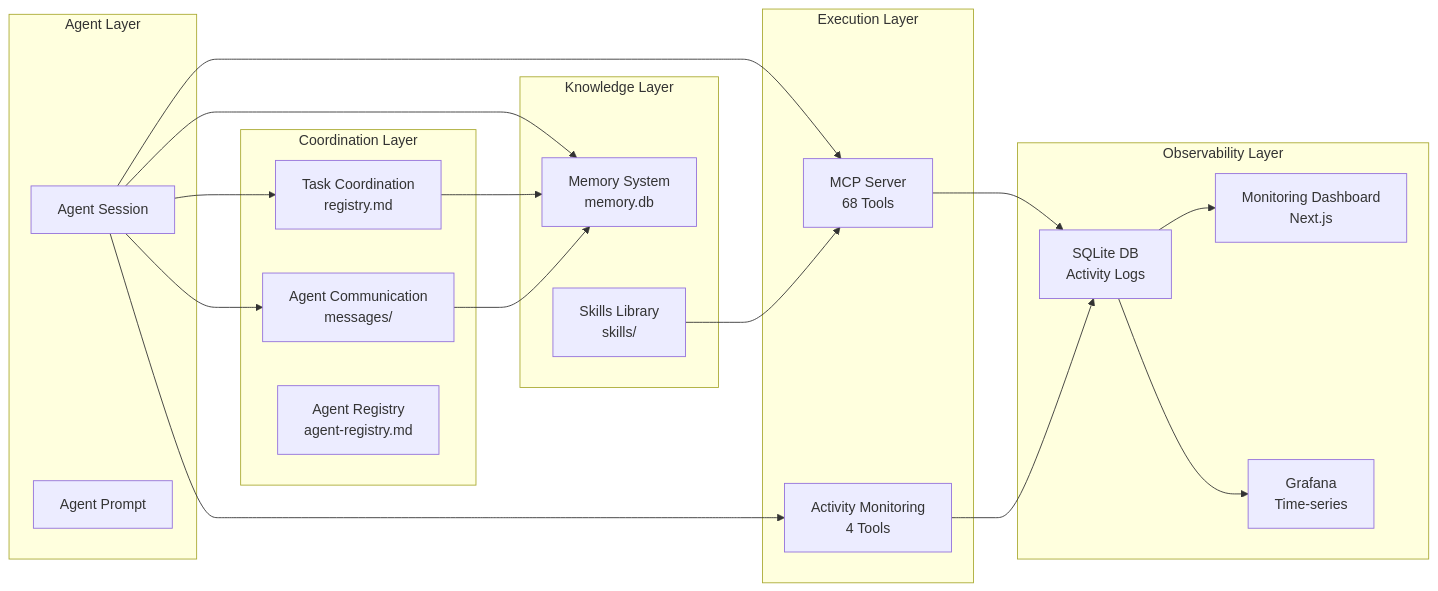
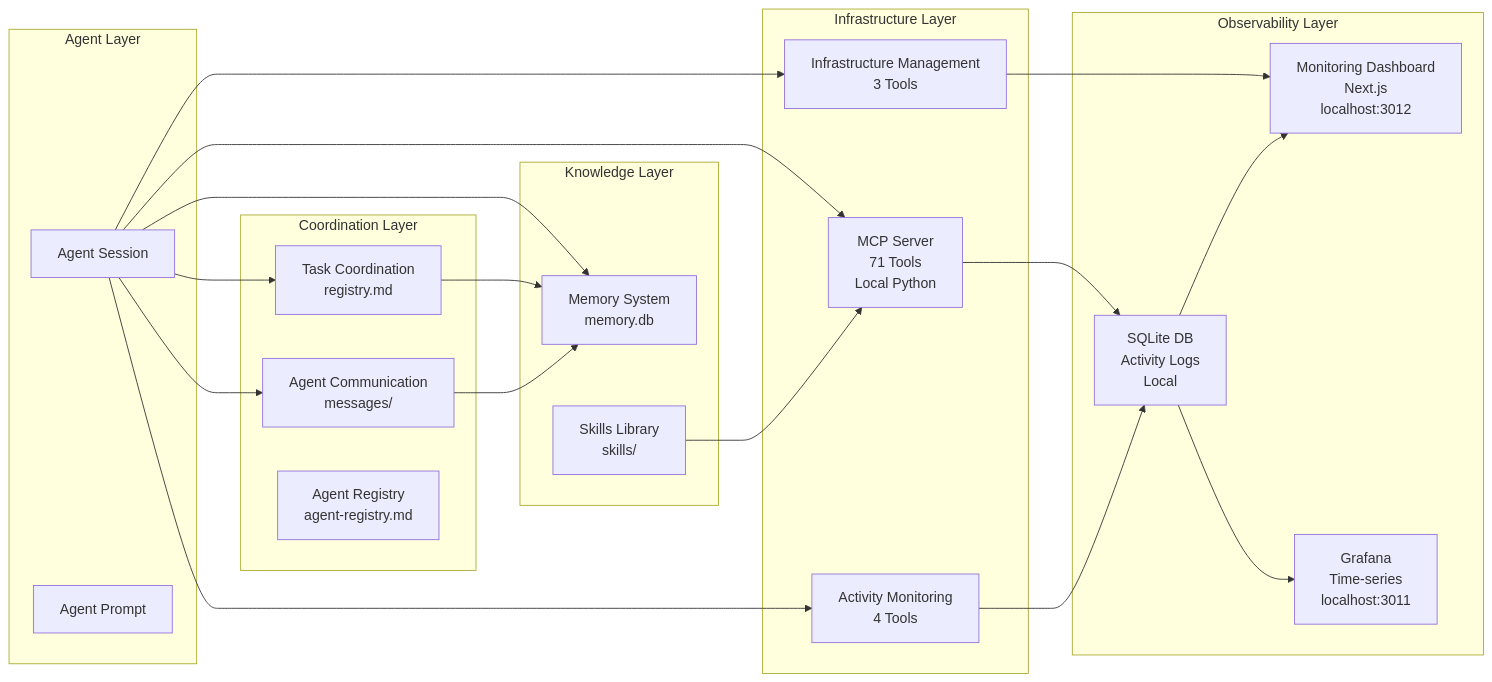
One commit to unarmedpuppy/homelab-ai changed the fourth of 20 diagrams in agents/docs/COMPLETE_SYSTEM_VISUALIZATION.md. Above: the diagram before and after it, drawn with Mermaid. The commit also changed other lines of this file and 143 other files, not shown here.

````diff
--- a/agents/docs/COMPLETE_SYSTEM_VISUALIZATION.md
+++ b/agents/docs/COMPLETE_SYSTEM_VISUALIZATION.md
@@ -129,44 +162,47 @@
 ```mermaid
 graph LR
     subgraph "Agent Layer"
         A1[Agent Session]
         A2[Agent Prompt]
     end
     
     subgraph "Coordination Layer"
         B1[Task Coordination<br/>registry.md]
         B2[Agent Communication<br/>messages/]
         B3[Agent Registry<br/>agent-registry.md]
     end
     
     subgraph "Knowledge Layer"
         C1[Memory System<br/>memory.db]
         C2[Skills Library<br/>skills/]
     end
     
-    subgraph "Execution Layer"
-        D1[MCP Server<br/>68 Tools]
+    subgraph "Infrastructure Layer"
+        D0[Infrastructure Management<br/>3 Tools]
+        D1[MCP Server<br/>71 Tools<br/>Local Python]
         D2[Activity Monitoring<br/>4 Tools]
     end
     
     subgraph "Observability Layer"
-        E1[Monitoring Dashboard<br/>Next.js]
-        E2[Grafana<br/>Time-series]
-        E3[SQLite DB<br/>Activity Logs]
+        E1[Monitoring Dashboard<br/>Next.js<br/>localhost:3012]
+        E2[Grafana<br/>Time-series<br/>localhost:3011]
+        E3[SQLite DB<br/>Activity Logs<br/>Local]
     end
     
     A1 --> B1
     A1 --> B2
     A1 --> C1
+    A1 --> D0
     A1 --> D1
     A1 --> D2
     
+    D0 --> E1
     D1 --> E3
     D2 --> E3
     E3 --> E1
     E3 --> E2
     
     B1 --> C1
     B2 --> C1
     C2 --> D1
 ```
````
